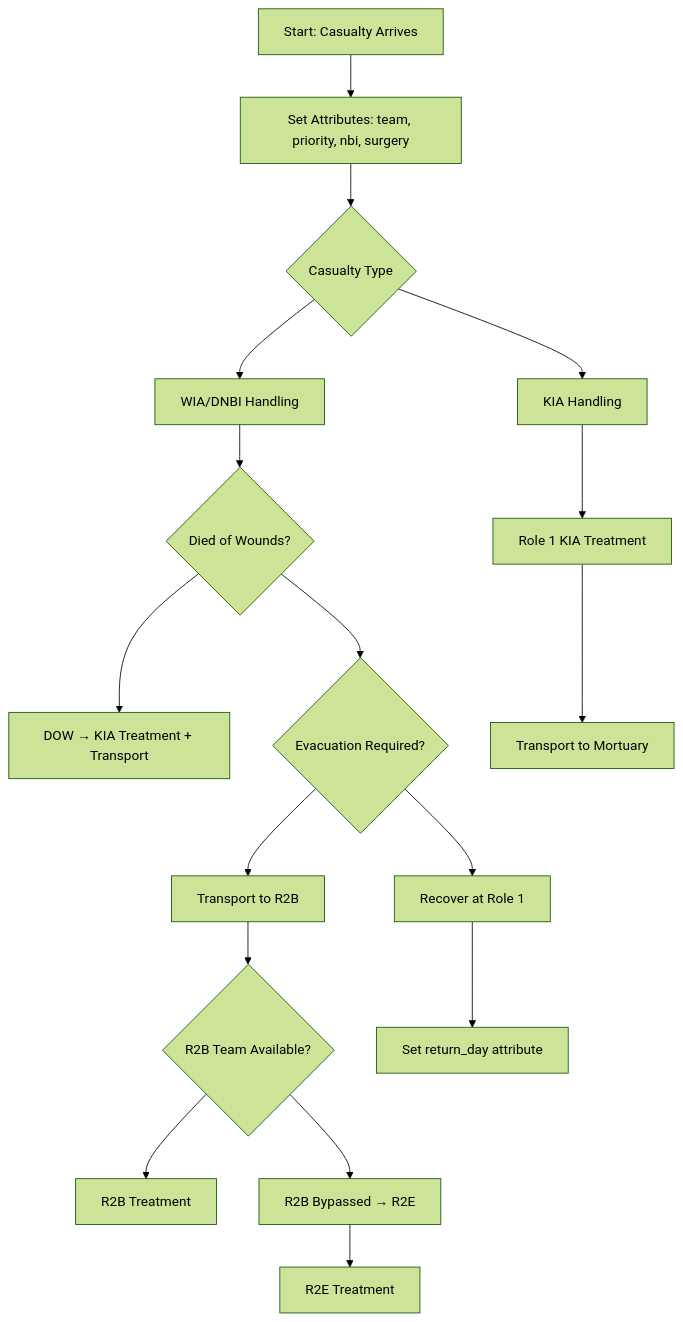
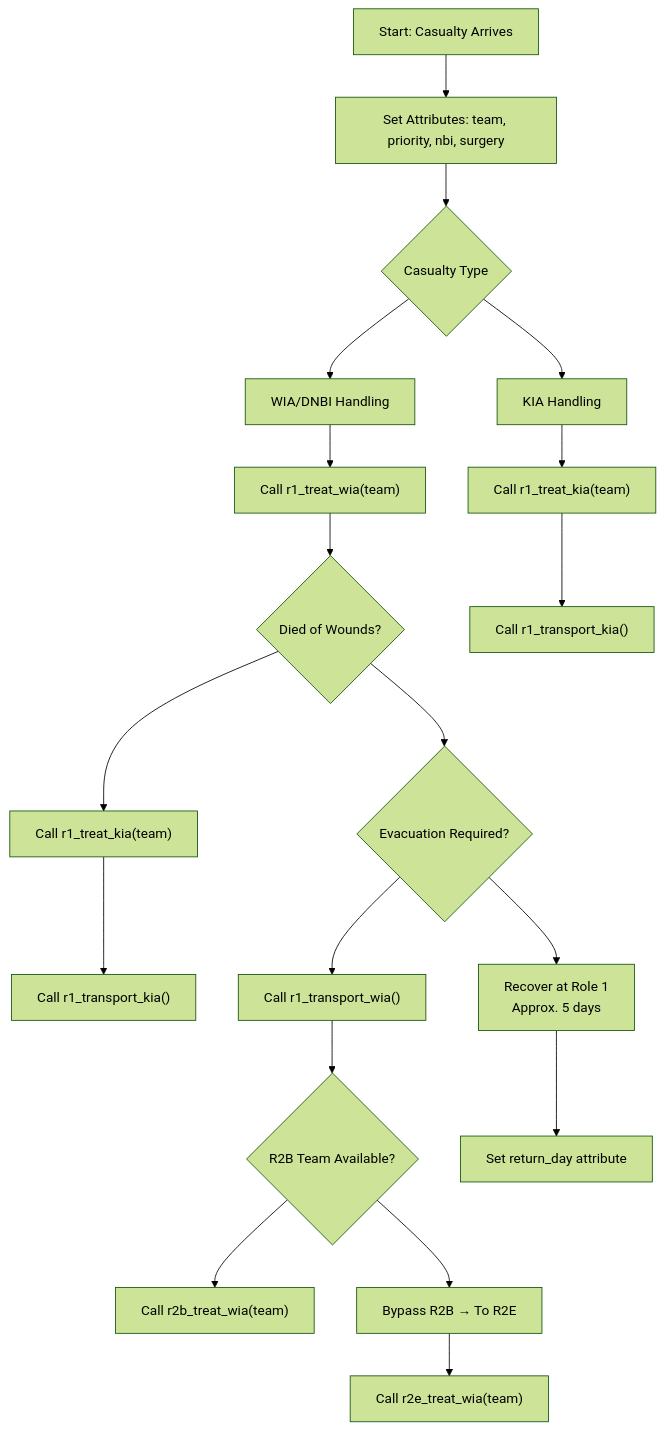
The first of 3 diagrams in README.md (natosys/Battlefield-Casualty-Handling), drawn with Mermaid (forest theme) before and after one commit. The commit also changed other lines of this file, not shown here.

````diff
--- a/README.md
+++ b/README.md
@@ -403,24 +408,24 @@
 ```mermaid
 flowchart TD
   A[Start: Casualty Arrives] --> B[Set Attributes: team, priority, nbi, surgery]
 
   B --> C{Casualty Type}
   C --> D[WIA/DNBI Handling]
   C --> P[KIA Handling]
 
-  D --> E{Died of Wounds?}
-  E --> F[DOW → KIA Treatment + Transport]
+  D --> D1["Call r1_treat_wia(team)"]
+  D1 --> E{Died of Wounds?}
+  E --> F["Call r1_treat_kia(team)"] --> G["Call r1_transport_kia()"]
   E --> H{Evacuation Required?}
 
-  H --> I[Transport to R2B]
+  H --> I["Call r1_transport_wia()"]
   I --> J{R2B Team Available?}
-  J --> K[R2B Treatment]
-  J --> L[R2B Bypassed → R2E] --> M[R2E Treatment]
+  J --> K["Call r2b_treat_wia(team)"]
+  J --> L[Bypass R2B → To R2E] --> M["Call r2e_treat_wia(team)"]
 
-  H --> N[Recover at Role 1]
+  H --> N[Recover at Role 1<br/>Approx. 5 days]
+  N --> S[Set return_day attribute]
 
-  P --> Q[Role 1 KIA Treatment]
-  Q --> R[Transport to Mortuary]
-
-  N --> S[Set return_day attribute]
+  P --> Q["Call r1_treat_kia(team)"]
+  Q --> R["Call r1_transport_kia()"]
 ```
````
